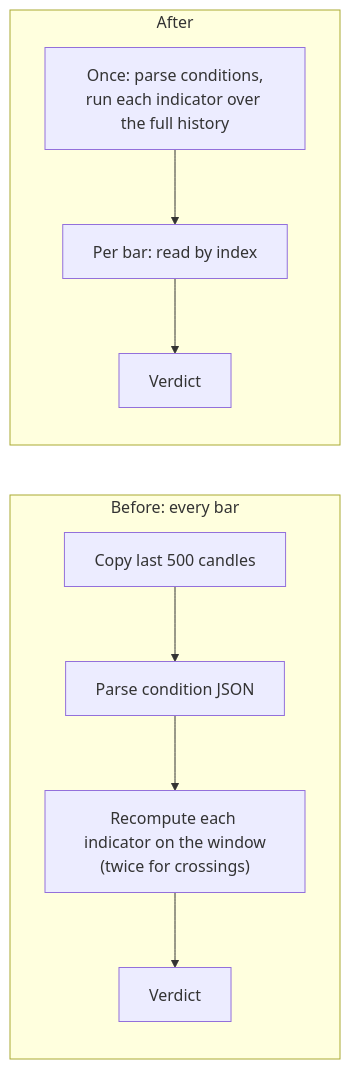
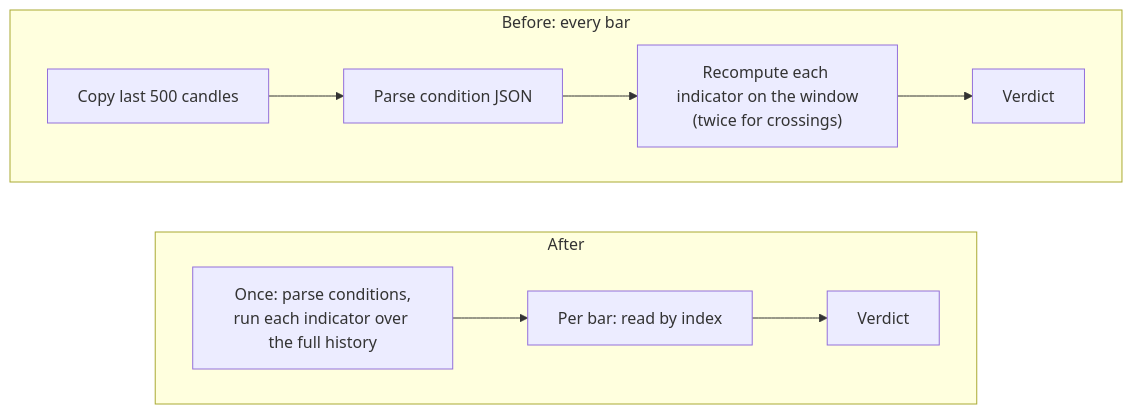
One commit to donbeatless-stack/FinceptTerminal changed the first of 2 diagrams in docs/STREAMING_EVALUATION.md. Above: the diagram before and after it, drawn with Mermaid.

Commit message:
docs: keep the before/after diagram in reading order

````diff
--- a/docs/STREAMING_EVALUATION.md
+++ b/docs/STREAMING_EVALUATION.md
@@ -23,9 +23,12 @@
 ```mermaid
-flowchart LR
+flowchart TB
     subgraph Before["Before: every bar"]
+        direction LR
         A1[Copy last 500 candles] --> A2[Parse condition JSON] --> A3["Recompute each indicator on the window<br/>(twice for crossings)"] --> A4[Verdict]
     end
     subgraph After["After"]
+        direction LR
         B1["Once: parse conditions,<br/>run each indicator over the full history"] --> B2[Per bar: read by index] --> B3[Verdict]
     end
+    Before ~~~ After
 ```
````
